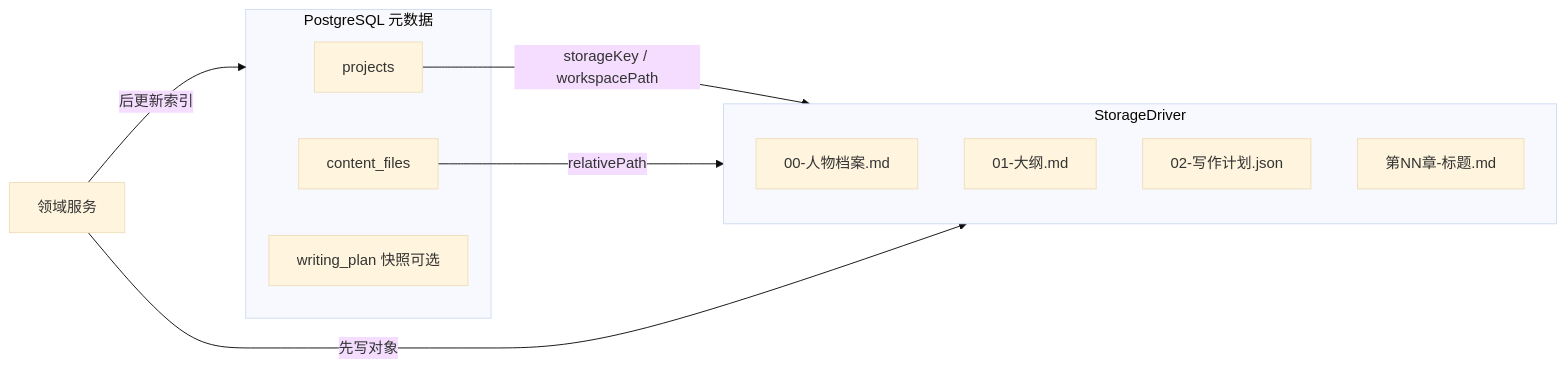
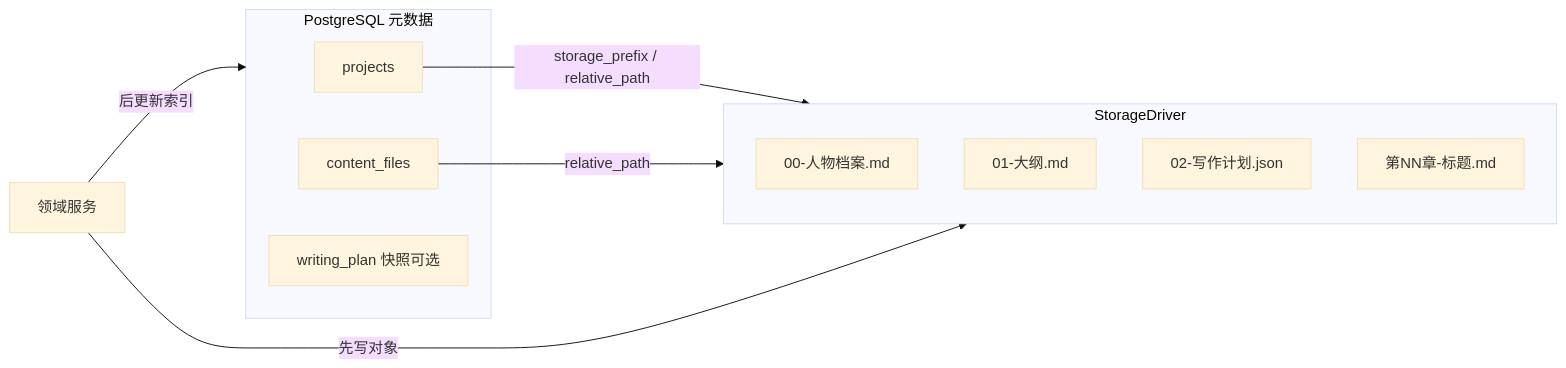
The third of 9 diagrams in docs/spec/design.md (blue-idea/muoyu), drawn with Mermaid (base theme) before and after one commit. The commit also changed other lines of this file and 16 other files, not shown here.

````diff
--- a/docs/spec/design.md
+++ b/docs/spec/design.md
@@ -226,20 +229,20 @@
 ```mermaid
 flowchart LR
     subgraph postgresql [PostgreSQL 元数据]
         P[projects]
         CF[content_files]
         WP[writing_plan 快照可选]
     end
 
     subgraph store [StorageDriver]
         F0[00-人物档案.md]
         F1[01-大纲.md]
         F2[02-写作计划.json]
         FN[第NN章-标题.md]
     end
 
-    P -->|storageKey / workspacePath| store
-    CF -->|relativePath| store
+    P -->|storage_prefix / relative_path| store
+    CF -->|relative_path| store
     DOM[领域服务] -->|先写对象| store
     DOM -->|后更新索引| postgresql
 ```
````
